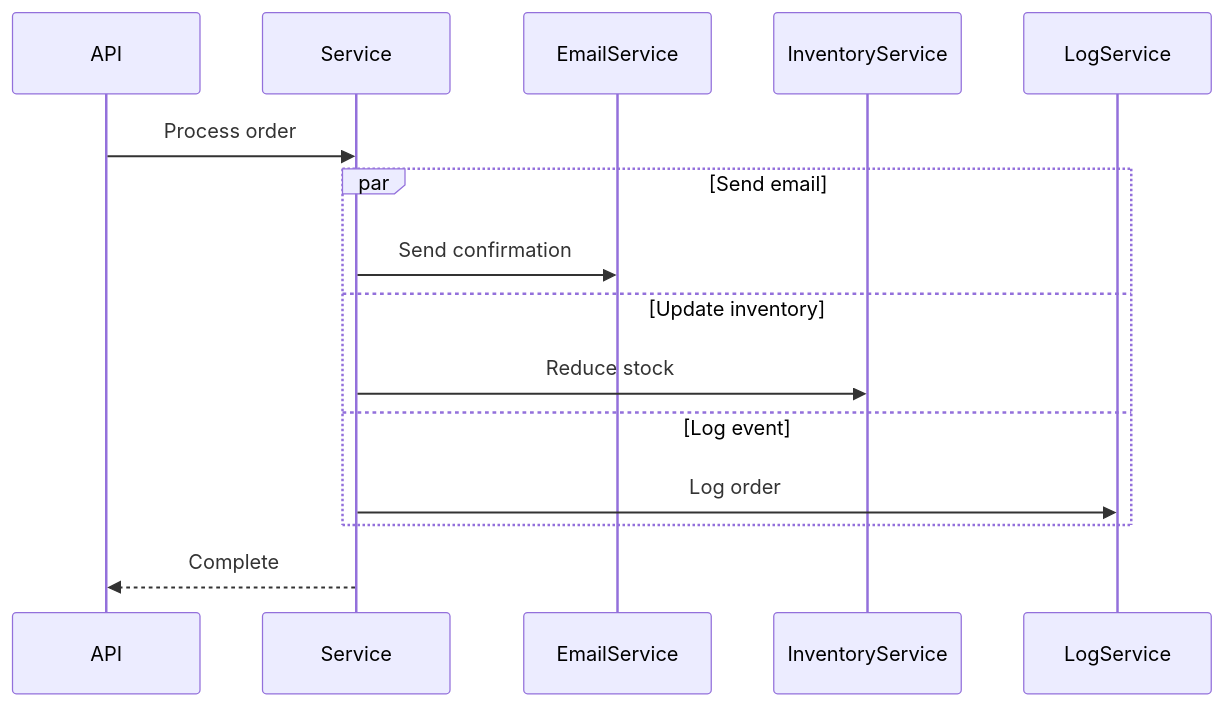
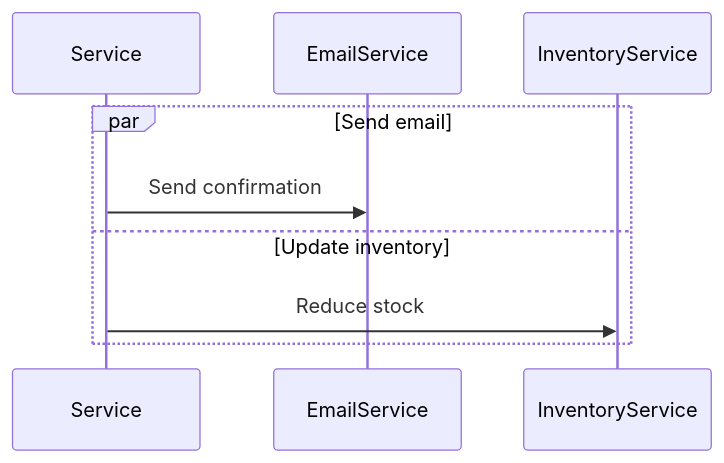
One commit to el-feo/ai-context changed the fifth of 10 diagrams in plugins/general/skills/mermaid-diagrams/references/sequence-diagrams.md. Above: the diagram before and after it, drawn with Mermaid. The commit also changed other lines of this file and 8 other files, not shown here.

First line of the commit message:
refactor(general): reduce mermaid-diagrams SKILL.md and trim oversized references (#207)

````diff
--- a/plugins/general/skills/mermaid-diagrams/references/sequence-diagrams.md
+++ b/plugins/general/skills/mermaid-diagrams/references/sequence-diagrams.md
@@ -109,14 +63,8 @@
 ```mermaid
 sequenceDiagram
-    API->>Service: Process order
-    
     par Send email
         Service->>EmailService: Send confirmation
     and Update inventory
         Service->>InventoryService: Reduce stock
-    and Log event
-        Service->>LogService: Log order
     end
-    
-    Service-->>API: Complete
 ```
````
